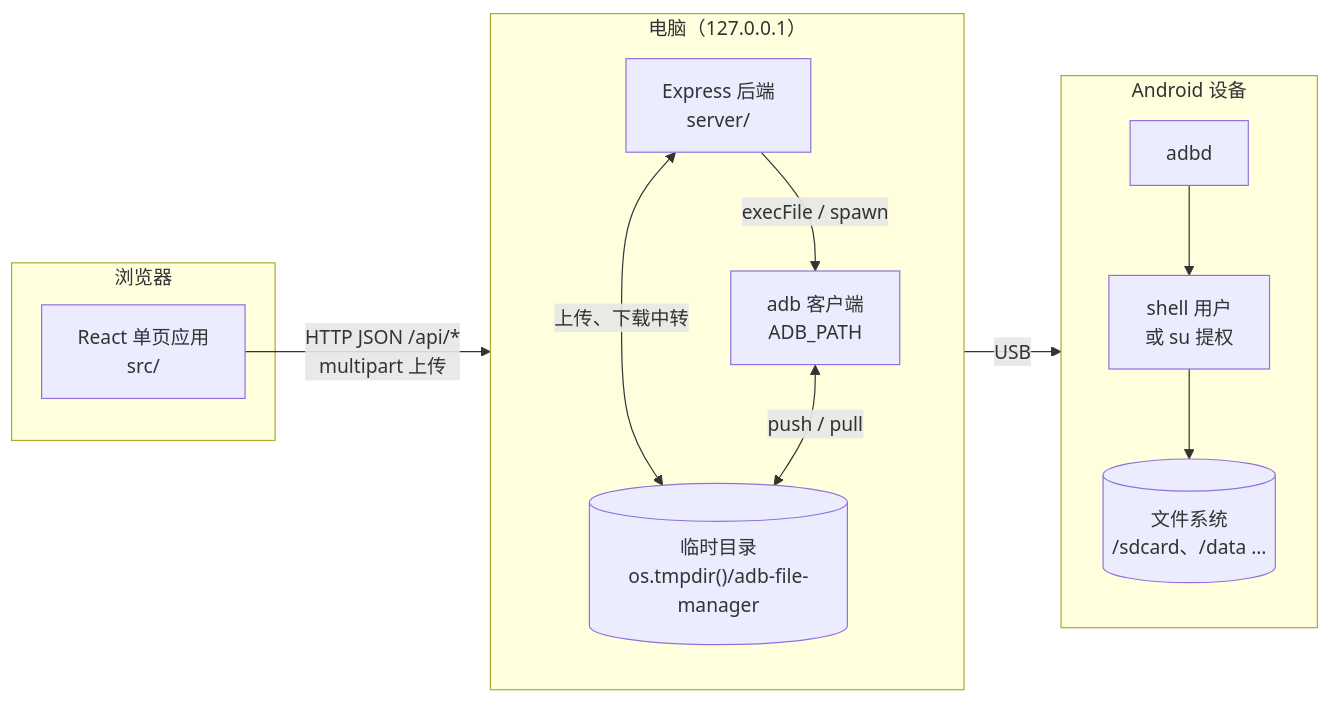
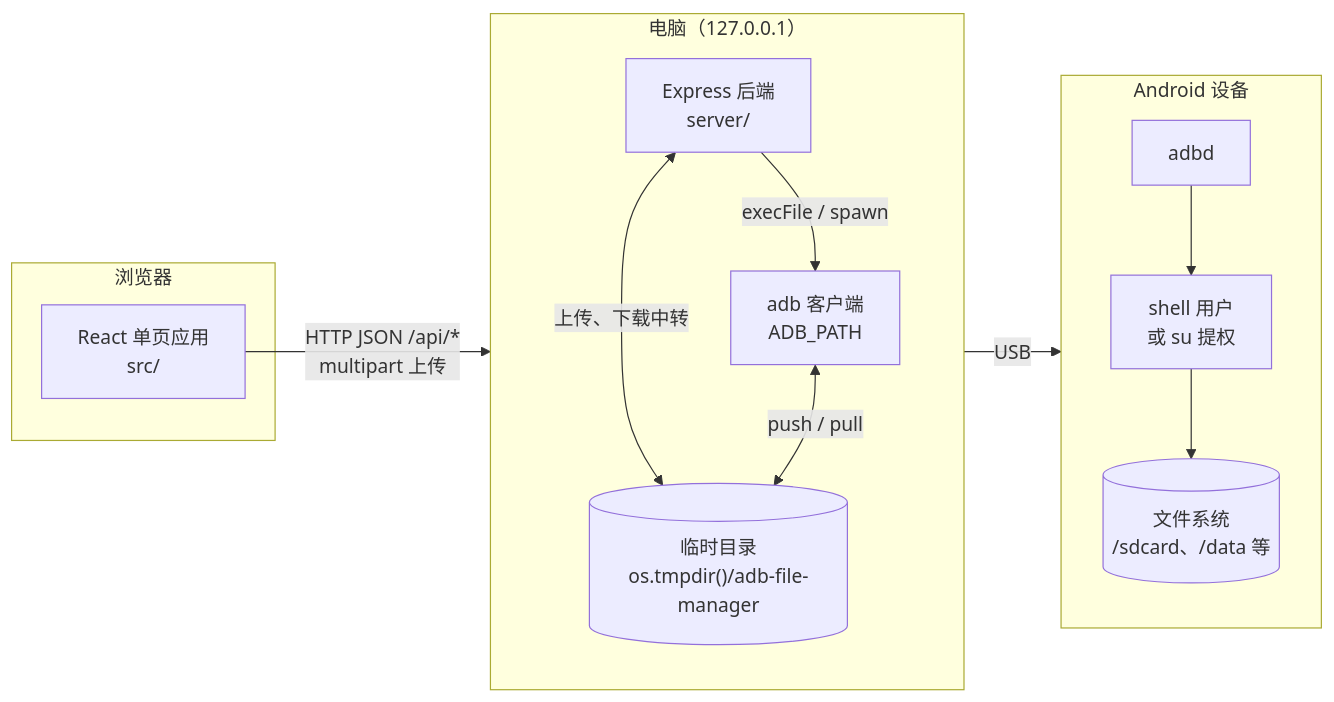
Before and after one commit to wynnyu/adb-file-manager: the first of 10 diagrams in docs/architecture.md, drawn with Mermaid. The commit also changed other lines of this file and 20 other files, not shown here.

````diff
--- a/docs/architecture.md
+++ b/docs/architecture.md
@@ -9,27 +9,27 @@
 ```mermaid
 flowchart LR
   subgraph Browser["浏览器"]
     UI["React 单页应用<br/>src/"]
   end
 
   subgraph PC["电脑（127.0.0.1）"]
     direction TB
     Express["Express 后端<br/>server/"]
     Tmp[("临时目录<br/>os.tmpdir()/adb-file-manager")]
     ADB["adb 客户端<br/>ADB_PATH"]
     Express -- "execFile / spawn" --> ADB
     Express <-->|上传、下载中转| Tmp
     ADB <-->|push / pull| Tmp
   end
 
   subgraph Device["Android 设备"]
     direction TB
     Adbd["adbd"]
     Shell["shell 用户<br/>或 su 提权"]
-    FS[("文件系统<br/>/sdcard、/data …")]
+    FS[("文件系统<br/>/sdcard、/data 等")]
     Adbd --> Shell --> FS
   end
 
   UI -- "HTTP JSON /api/*<br/>multipart 上传" --> Express
   ADB -- "USB" --> Adbd
 ```
````
